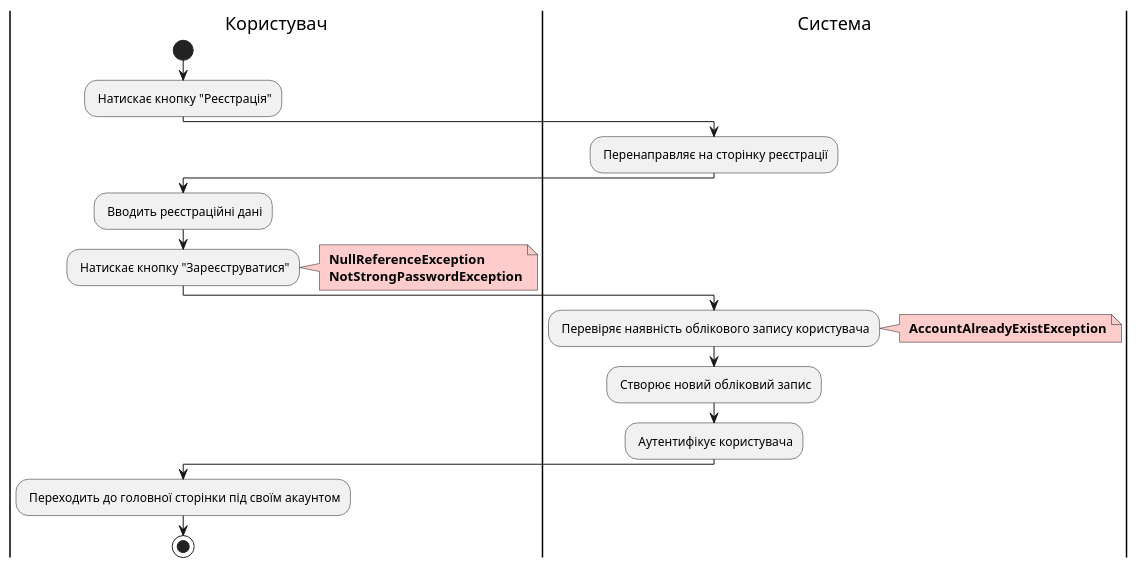
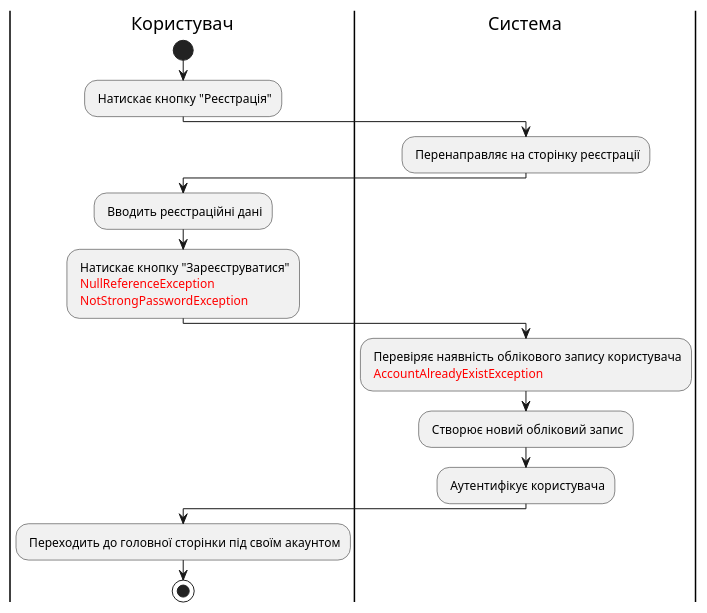
Before and after one commit to makssvelichko/edu_db_labs: the fifth of 20 diagrams in docs/use cases/README.md, drawn with PlantUML. The commit also changed other lines of this file, not shown here.

```diff
--- a/docs/use cases/README.md
+++ b/docs/use cases/README.md
@@ -171,30 +171,26 @@
 @startuml
 
     |Користувач|
     start;
     : Натискає кнопку "Реєстрація";
 
     |Система|
         : Перенаправляє на сторінку реєстрації;
 
     |Користувач|
     : Вводить реєстраційні дані;
-    : Натискає кнопку "Зареєструватися";
-    note right #FFCCCC
-    <b> NullReferenceException
-    <b> NotStrongPasswordException
-    end note
+    : Натискає кнопку "Зареєструватися"
+    <font color="red"> NullReferenceException</font>
+    <font color="red"> NotStrongPasswordException</font>;
 
     |Система|
-    : Перевіряє наявність облікового запису користувача;
-    note right #FFCCCC
-    <b> AccountAlreadyExistException
-    end note
+    : Перевіряє наявність облікового запису користувача
+    <font color="red"> AccountAlreadyExistException</font>;
 
     : Створює новий обліковий запис;
     : Аутентифікує користувача;
 
     |Користувач|
     : Переходить до головної сторінки під своїм акаунтом;
     stop;
 @enduml
```
